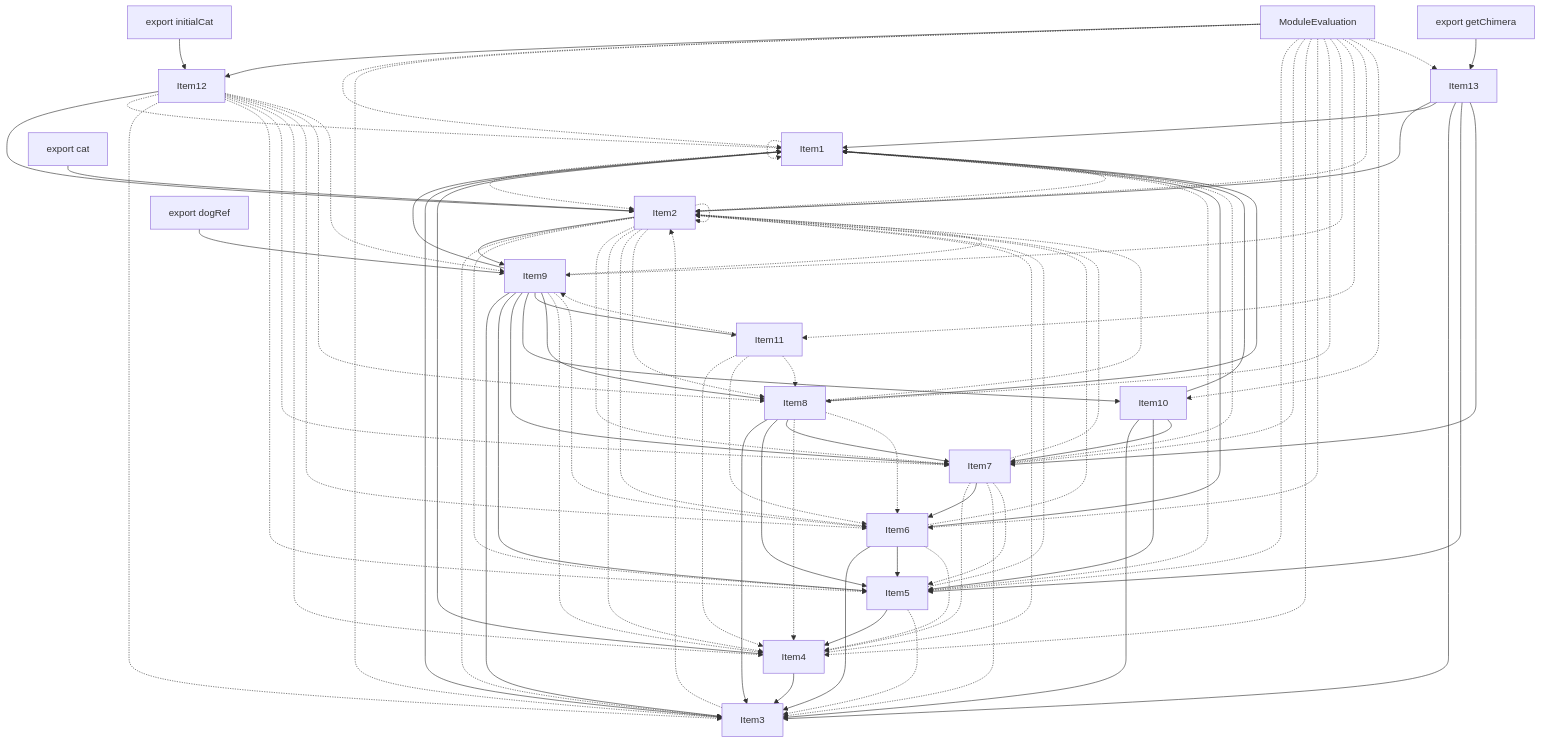
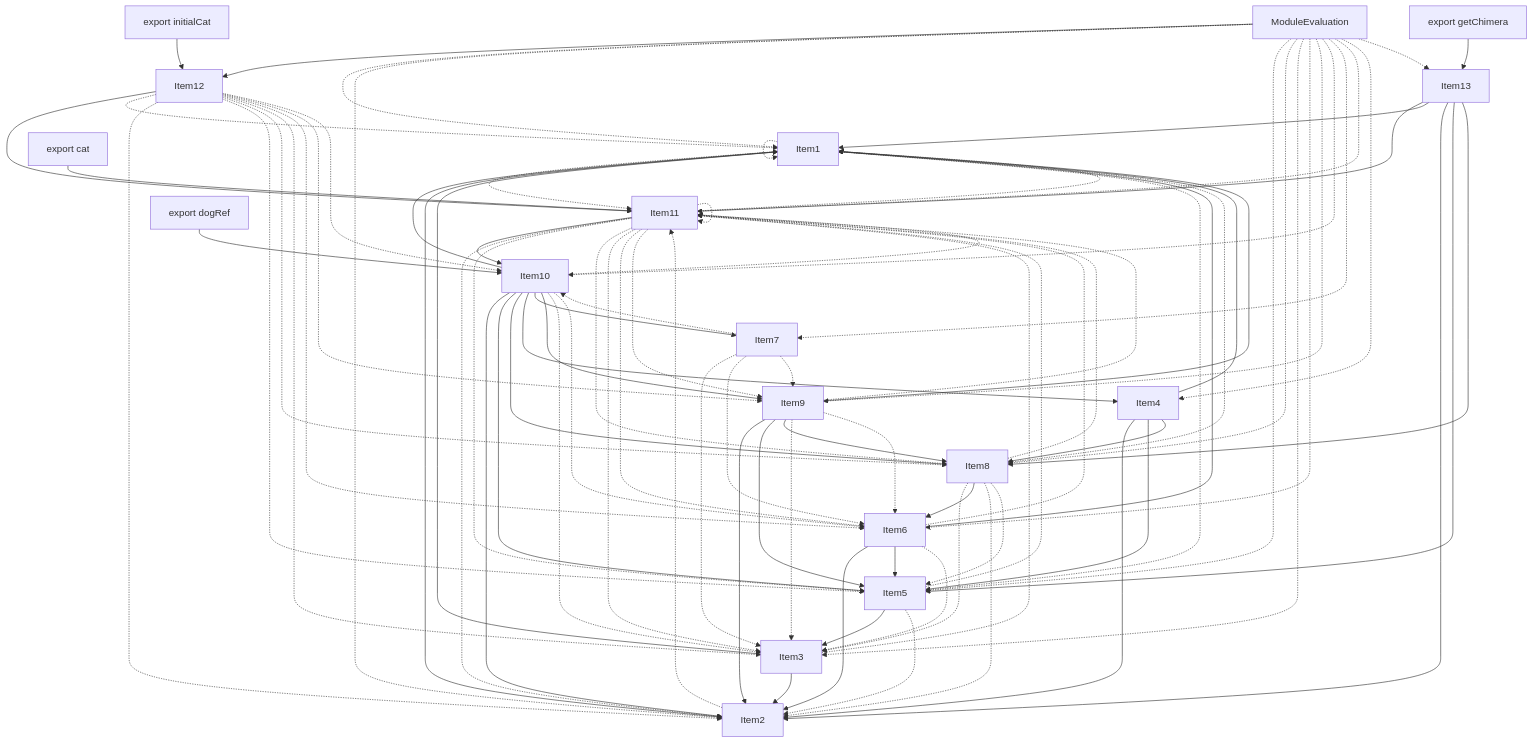
The fourth of 4 diagrams in crates/turbopack-ecmascript/tests/tree-shaker/analyzer/complex/output.md (vercel/turborepo), drawn with Mermaid before and after one commit. The commit also changed other lines of this file and 3 other files, not shown here.

````diff
--- a/crates/turbopack-ecmascript/tests/tree-shaker/analyzer/complex/output.md
+++ b/crates/turbopack-ecmascript/tests/tree-shaker/analyzer/complex/output.md
@@ -381,90 +381,90 @@
     Item18;
     Item18["export getChimera"];
     Item1 -.-> Item1;
-    Item1 -.-> Item2;
+    Item1 -.-> Item11;
+    Item2 --> Item1;
+    Item2 -.-> Item11;
     Item3 --> Item1;
-    Item3 -.-> Item2;
+    Item3 --> Item2;
+    Item3 -.-> Item11;
+    Item5 --> Item3;
+    Item5 -.-> Item1;
+    Item5 -.-> Item2;
+    Item5 -.-> Item11;
+    Item6 --> Item1;
+    Item6 --> Item2;
+    Item6 --> Item5;
+    Item6 -.-> Item3;
+    Item6 -.-> Item11;
+    Item8 -.-> Item3;
+    Item8 --> Item6;
+    Item8 -.-> Item1;
+    Item8 -.-> Item2;
+    Item8 -.-> Item5;
+    Item8 -.-> Item11;
+    Item9 --> Item1;
+    Item9 --> Item2;
+    Item9 --> Item5;
+    Item9 --> Item8;
+    Item9 -.-> Item3;
+    Item9 -.-> Item6;
+    Item9 -.-> Item11;
+    Item10 --> Item1;
+    Item10 --> Item2;
+    Item10 --> Item5;
+    Item10 --> Item8;
+    Item10 --> Item4;
+    Item10 --> Item7;
+    Item10 --> Item9;
+    Item10 -.-> Item3;
+    Item10 -.-> Item6;
+    Item10 -.-> Item11;
+    Item11 --> Item10;
+    Item11 -.-> Item1;
+    Item11 -.-> Item2;
+    Item11 -.-> Item5;
+    Item11 -.-> Item8;
+    Item11 -.-> Item3;
+    Item11 -.-> Item6;
+    Item11 -.-> Item9;
+    Item11 -.-> Item11;
+    Item12 --> Item11;
+    Item12 -.-> Item1;
+    Item12 -.-> Item2;
+    Item12 -.-> Item5;
+    Item12 -.-> Item8;
+    Item12 -.-> Item3;
+    Item12 -.-> Item6;
+    Item12 -.-> Item9;
+    Item12 -.-> Item10;
     Item4 --> Item1;
-    Item4 --> Item3;
-    Item4 -.-> Item2;
-    Item5 --> Item4;
-    Item5 -.-> Item1;
-    Item5 -.-> Item3;
-    Item5 -.-> Item2;
-    Item6 --> Item1;
-    Item6 --> Item3;
-    Item6 --> Item5;
-    Item6 -.-> Item4;
-    Item6 -.-> Item2;
-    Item7 -.-> Item4;
-    Item7 --> Item6;
-    Item7 -.-> Item1;
+    Item4 --> Item2;
+    Item4 --> Item5;
+    Item4 --> Item8;
     Item7 -.-> Item3;
-    Item7 -.-> Item5;
-    Item7 -.-> Item2;
-    Item8 --> Item1;
-    Item8 --> Item3;
-    Item8 --> Item5;
-    Item8 --> Item7;
-    Item8 -.-> Item4;
-    Item8 -.-> Item6;
-    Item8 -.-> Item2;
-    Item9 --> Item1;
-    Item9 --> Item3;
-    Item9 --> Item5;
-    Item9 --> Item7;
-    Item9 --> Item10;
-    Item9 --> Item11;
-    Item9 --> Item8;
-    Item9 -.-> Item4;
-    Item9 -.-> Item6;
-    Item9 -.-> Item2;
-    Item2 --> Item9;
-    Item2 -.-> Item1;
-    Item2 -.-> Item3;
-    Item2 -.-> Item5;
-    Item2 -.-> Item7;
-    Item2 -.-> Item4;
-    Item2 -.-> Item6;
-    Item2 -.-> Item8;
-    Item2 -.-> Item2;
-    Item12 --> Item2;
-    Item12 -.-> Item1;
-    Item12 -.-> Item3;
-    Item12 -.-> Item5;
-    Item12 -.-> Item7;
-    Item12 -.-> Item4;
-    Item12 -.-> Item6;
-    Item12 -.-> Item8;
-    Item12 -.-> Item9;
-    Item10 --> Item1;
-    Item10 --> Item3;
-    Item10 --> Item5;
-    Item10 --> Item7;
-    Item11 -.-> Item4;
-    Item11 -.-> Item6;
-    Item11 -.-> Item8;
-    Item11 -.-> Item9;
+    Item7 -.-> Item6;
+    Item7 -.-> Item9;
+    Item7 -.-> Item10;
+    Item13 --> Item11;
+    Item13 --> Item1;
     Item13 --> Item2;
-    Item13 --> Item1;
-    Item13 --> Item3;
     Item13 --> Item5;
-    Item13 --> Item7;
+    Item13 --> Item8;
     Item14 --> Item12;
     Item14 -.-> Item1;
+    Item14 -.-> Item2;
+    Item14 -.-> Item5;
+    Item14 -.-> Item8;
     Item14 -.-> Item3;
-    Item14 -.-> Item5;
+    Item14 -.-> Item6;
+    Item14 -.-> Item9;
+    Item14 -.-> Item10;
     Item14 -.-> Item7;
+    Item14 -.-> Item11;
     Item14 -.-> Item4;
-    Item14 -.-> Item6;
-    Item14 -.-> Item8;
-    Item14 -.-> Item9;
-    Item14 -.-> Item11;
-    Item14 -.-> Item2;
-    Item14 -.-> Item10;
     Item14 -.-> Item13;
-    Item15 --> Item9;
-    Item16 --> Item2;
+    Item15 --> Item10;
+    Item16 --> Item11;
     Item17 --> Item12;
     Item18 --> Item13;
 ```
````
